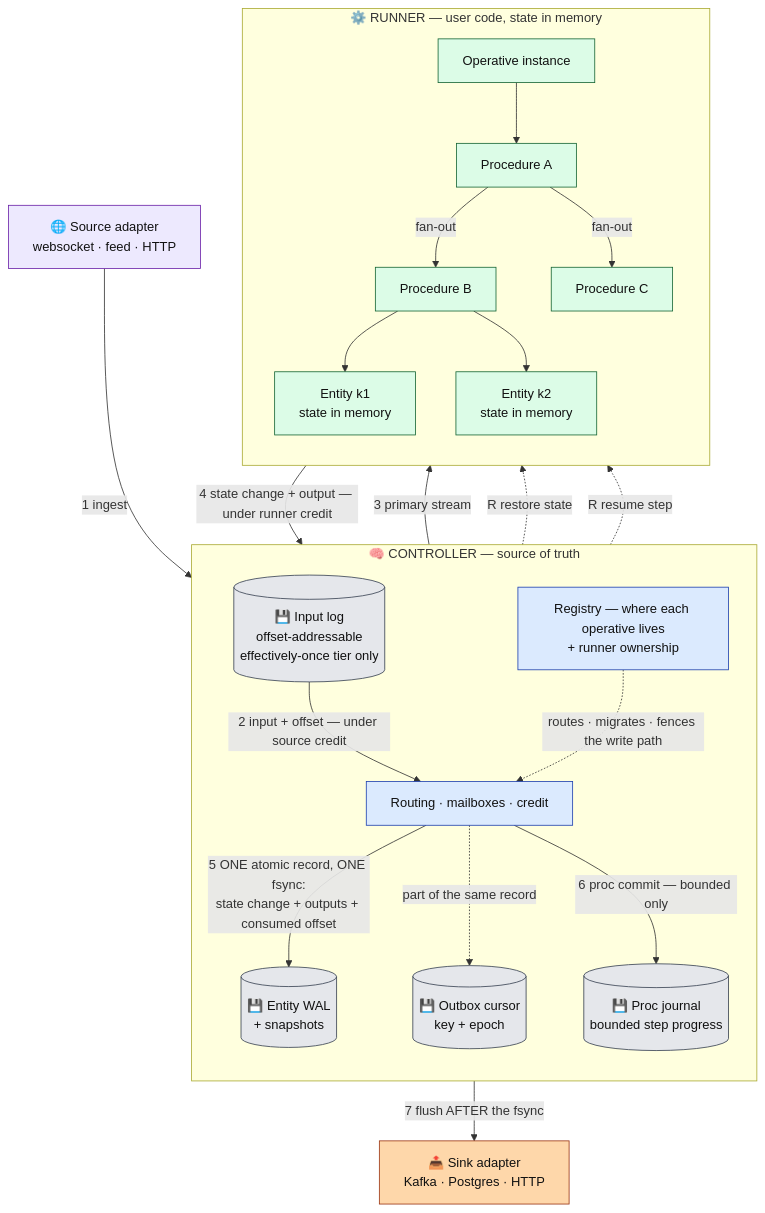
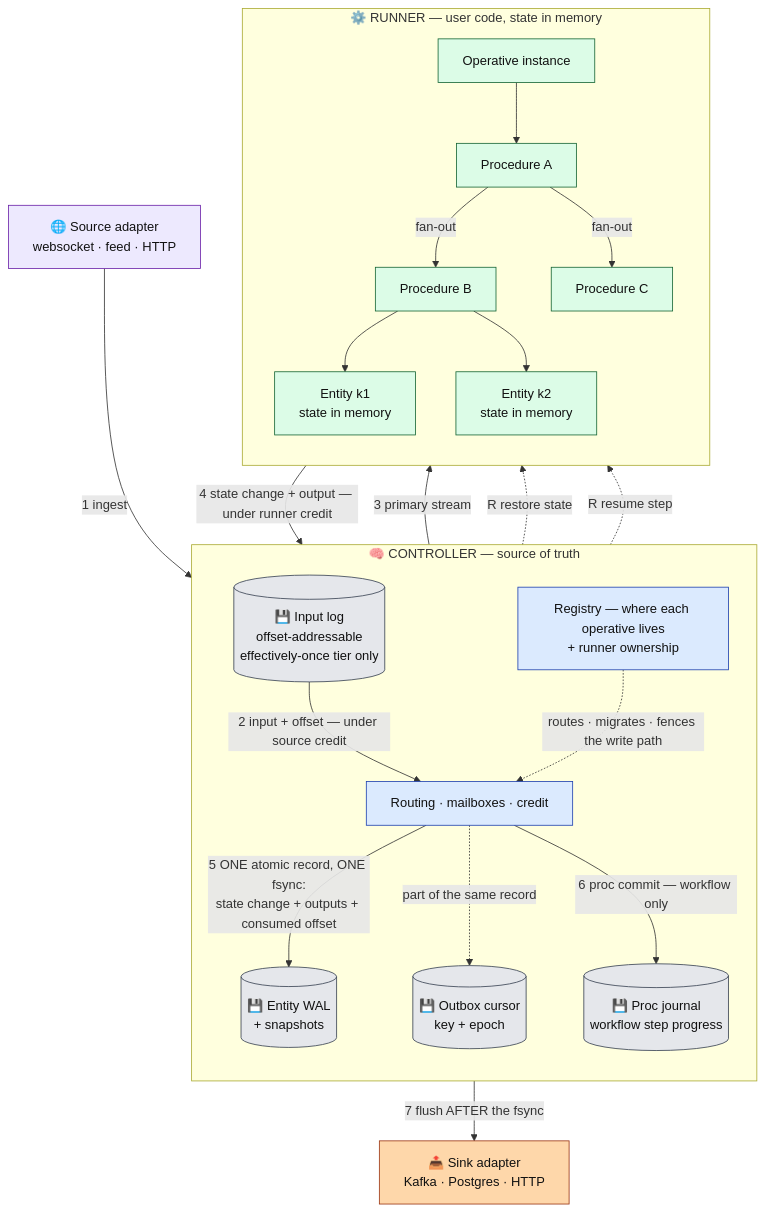
One commit to Flezha/flezha changed the fourth of 9 diagrams in docs/architecture/README.md. Above: the diagram before and after it, drawn with Mermaid. The commit also changed other lines of this file and 431 other files, not shown here.

````diff
--- a/docs/architecture/README.md
+++ b/docs/architecture/README.md
@@ -166,48 +166,48 @@
 ```mermaid
 flowchart TB
     SRC["🌐 Source adapter<br/>websocket · feed · HTTP"]:::src
     SINK["📤 Sink adapter<br/>Kafka · Postgres · HTTP"]:::sink
 
     subgraph CTRL["🧠 CONTROLLER — source of truth"]
         direction TB
         INLOG[("💾 Input log<br/>offset-addressable<br/>effectively-once tier only")]:::store
         ROUTE["Routing · mailboxes · credit"]:::ctrl
         WAL[("💾 Entity WAL<br/>+ snapshots")]:::store
-        JRN[("💾 Proc journal<br/>bounded step progress")]:::store
+        JRN[("💾 Proc journal<br/>workflow step progress")]:::store
         OBX[("💾 Outbox cursor<br/>key + epoch")]:::store
         REG["Registry — where each operative lives<br/>+ runner ownership"]:::ctrl
     end
 
     subgraph EXEC["⚙️ RUNNER — user code, state in memory"]
         direction TB
         OPV["Operative instance"]:::exec
         OPA["Procedure A"]:::exec
         OPB["Procedure B"]:::exec
         OPC["Procedure C"]:::exec
         SB1["Entity k1<br/>state in memory"]:::exec
         SB2["Entity k2<br/>state in memory"]:::exec
         OPV --> OPA
         OPA -->|"fan-out"| OPB
         OPA -->|"fan-out"| OPC
         OPB --> SB1
         OPB --> SB2
     end
 
     SRC -->|"1 ingest"| INLOG
     INLOG -->|"2 input + offset — under source credit"| ROUTE
     ROUTE -->|"3 primary stream"| OPV
     OPV -->|"4 state change + output — under runner credit"| ROUTE
     ROUTE -->|"5 ONE atomic record, ONE fsync:<br/>state change + outputs + consumed offset"| WAL
     ROUTE -.->|"part of the same record"| OBX
-    ROUTE -->|"6 proc commit — bounded only"| JRN
+    ROUTE -->|"6 proc commit — workflow only"| JRN
     OBX -->|"7 flush AFTER the fsync"| SINK
     WAL -.->|"R restore state"| OPV
     JRN -.->|"R resume step"| OPV
     REG -.->|"routes · migrates · fences the write path"| ROUTE
 
     classDef ctrl fill:#dbeafe,stroke:#1e40af,color:#111
     classDef exec fill:#dcfce7,stroke:#166534,color:#111
     classDef sink fill:#fed7aa,stroke:#9a3412,color:#111
     classDef src fill:#ede9fe,stroke:#6b21a8,color:#111
     classDef store fill:#e5e7eb,stroke:#374151,color:#111
 ```
````
